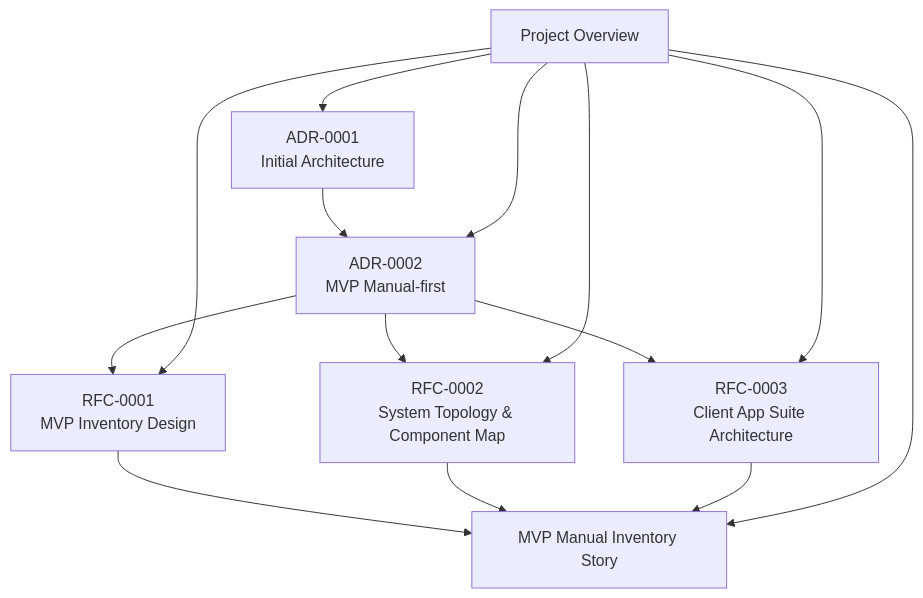
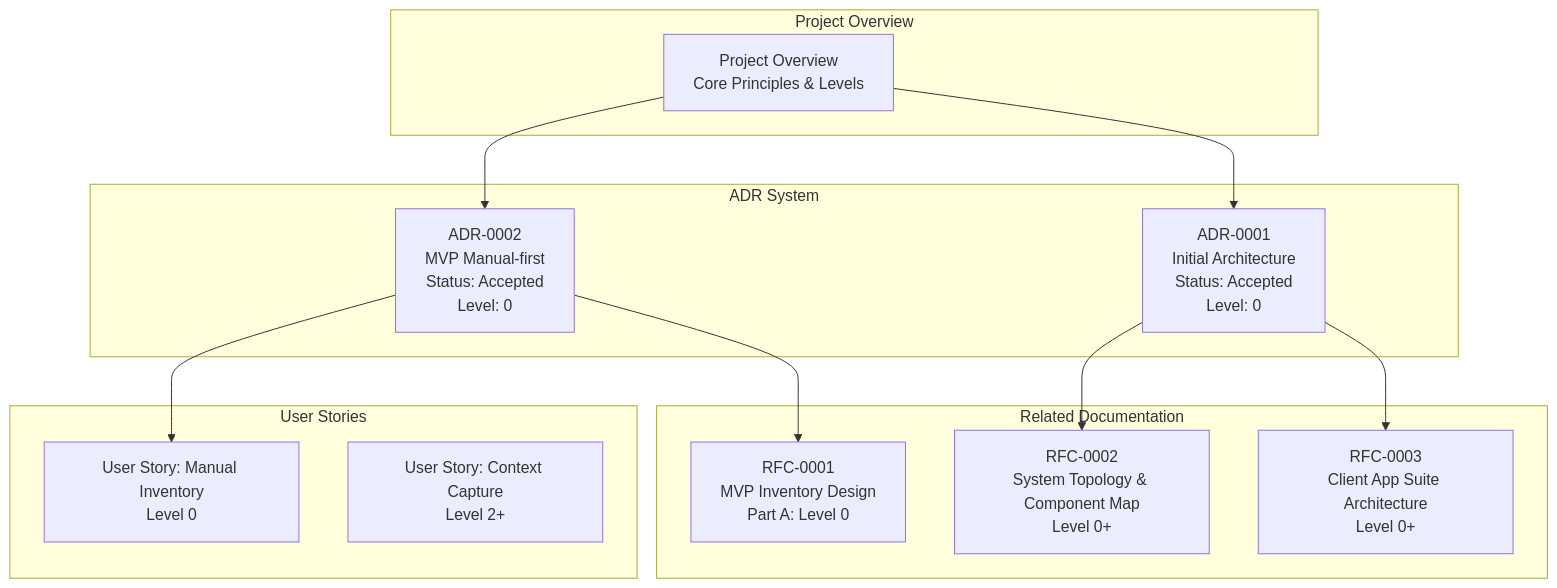
The first of 8 diagrams in .qoder/repowiki/en/content/Architecture Decision Records.md (asukhodko/timeskein), drawn with Mermaid before and after one commit. The commit also changed other lines of this file and 6 other files, not shown here.

````diff
--- a/.qoder/repowiki/en/content/Architecture Decision Records.md
+++ b/.qoder/repowiki/en/content/Architecture Decision Records.md
@@ -51,16 +57,25 @@
 ```mermaid
 graph TB
-ADR1["ADR-0001<br/>Initial Architecture"] --> ADR2["ADR-0002<br/>MVP Manual-first"]
-ADR2 --> RFC1["RFC-0001<br/>MVP Inventory Design"]
-ADR2 --> RFC2["RFC-0002<br/>System Topology & Component Map"]
-ADR2 --> RFC3["RFC-0003<br/>Client App Suite Architecture"]
-RFC1 --> MVP["MVP Manual Inventory Story"]
-RFC2 --> MVP
-RFC3 --> MVP
-Overview["Project Overview"] --> ADR1
-Overview --> ADR2
-Overview --> RFC1
-Overview --> RFC2
-Overview --> RFC3
-Overview --> MVP
+subgraph "ADR System"
+ADR_INDEX["ADR-0002<br/>MVP Manual-first<br/>Status: Accepted<br/>Level: 0"]
+ADR_0001["ADR-0001<br/>Initial Architecture<br/>Status: Accepted<br/>Level: 0"]
+end
+subgraph "Related Documentation"
+RFC1["RFC-0001<br/>MVP Inventory Design<br/>Part A: Level 0"]
+RFC2["RFC-0002<br/>System Topology & Component Map<br/>Level 0+"]
+RFC3["RFC-0003<br/>Client App Suite Architecture<br/>Level 0+"]
+end
+subgraph "User Stories"
+US1["User Story: Manual Inventory<br/>Level 0"]
+US2["User Story: Context Capture<br/>Level 2+"]
+end
+subgraph "Project Overview"
+OVERVIEW["Project Overview<br/>Core Principles & Levels"]
+end
+ADR_INDEX --> RFC1
+ADR_INDEX --> US1
+ADR_0001 --> RFC2
+ADR_0001 --> RFC3
+OVERVIEW --> ADR_INDEX
+OVERVIEW --> ADR_0001
 ```
````
